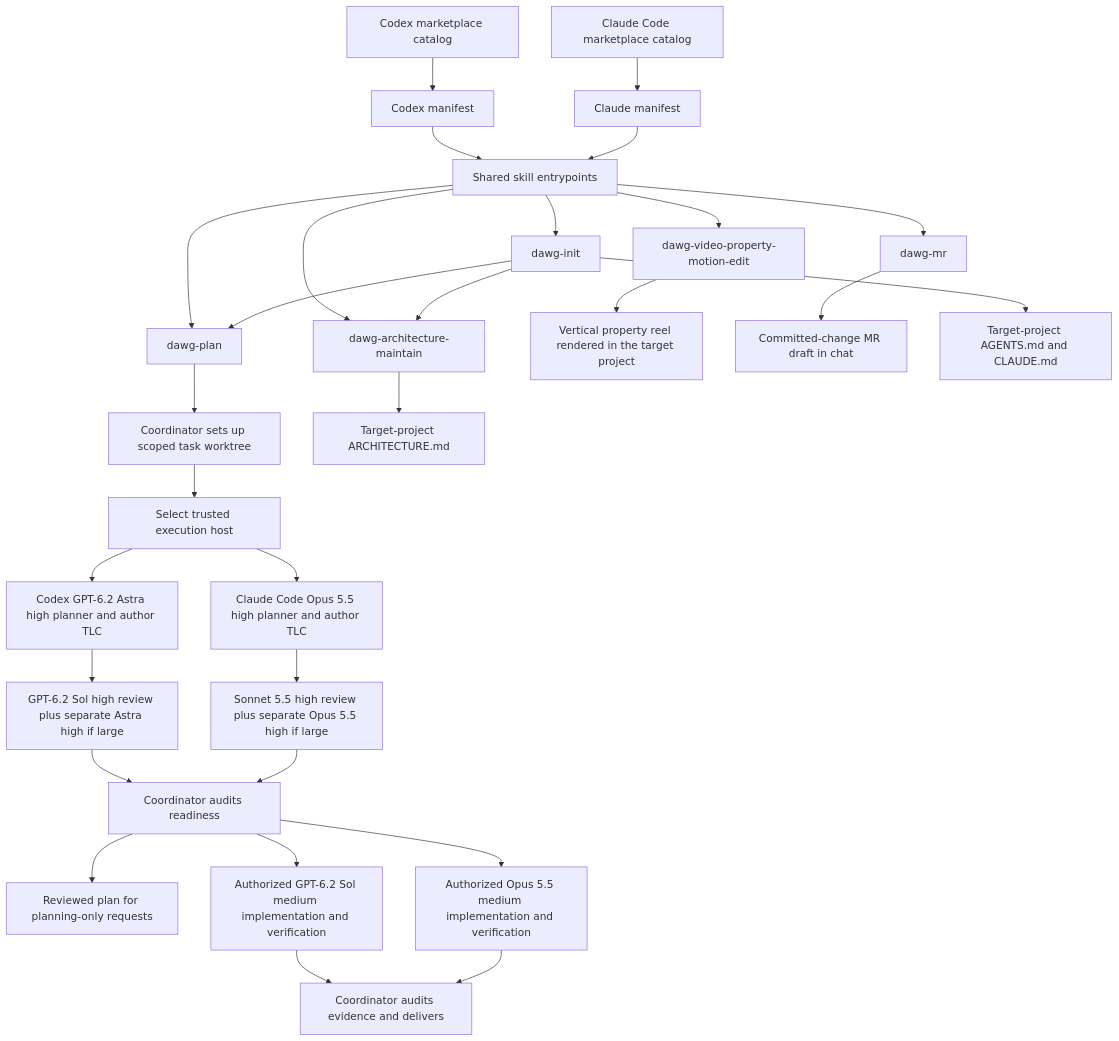
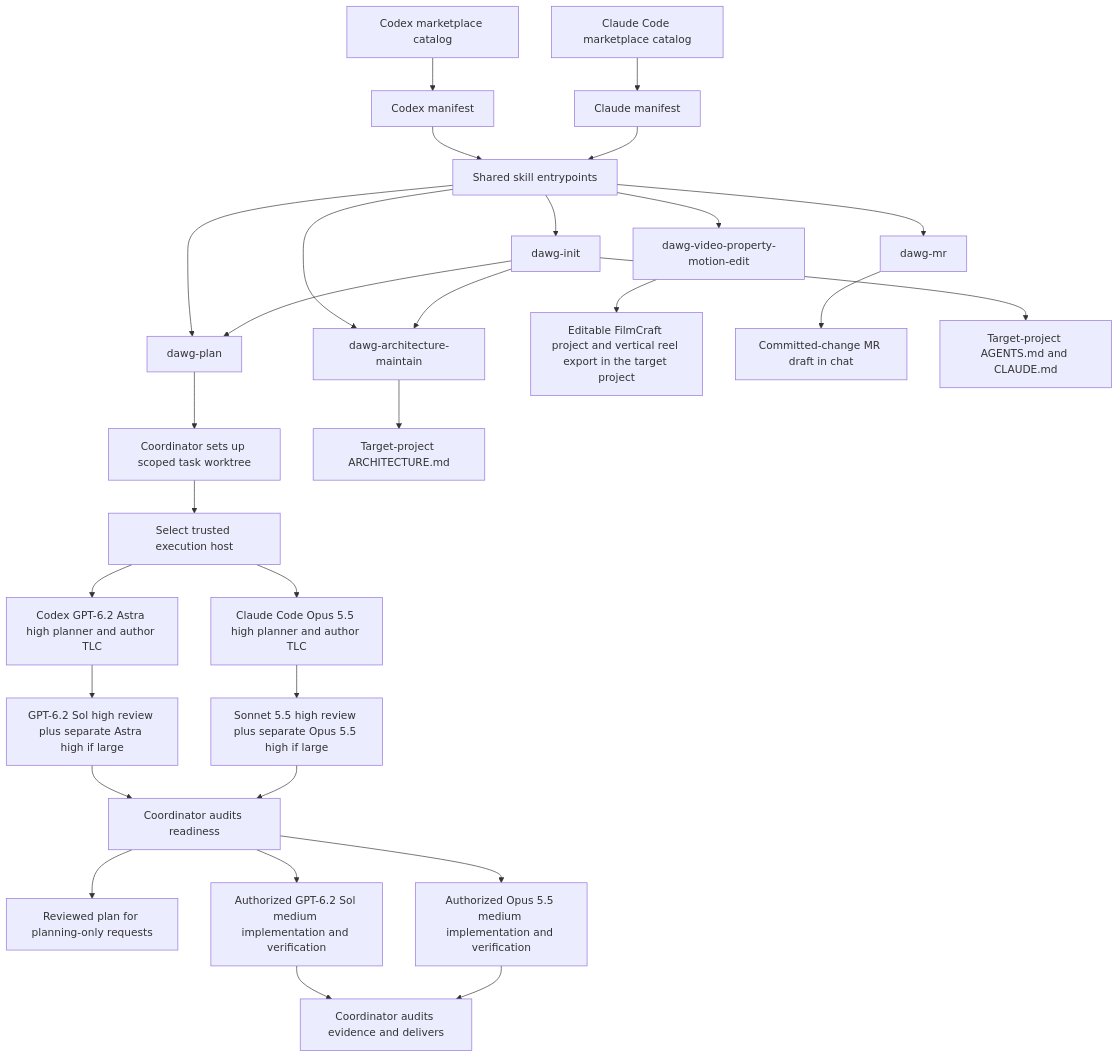
One commit to pdawgy-sg/pdawgy-skills changed the diagram in ARCHITECTURE.md. Above: the diagram before and after it, drawn with Mermaid. The commit also changed other lines of this file and 7 other files, not shown here.

First line of the commit message:
feat(dawg-video-property-motion-edit): build reels as editable FilmCraft projects

````diff
--- a/ARCHITECTURE.md
+++ b/ARCHITECTURE.md
@@ -135,31 +138,31 @@
 ```mermaid
 flowchart TD
     CodexCatalog[Codex marketplace catalog] --> CodexManifest[Codex manifest]
     ClaudeCatalog[Claude Code marketplace catalog] --> ClaudeManifest[Claude manifest]
     CodexManifest --> Skills[Shared skill entrypoints]
     ClaudeManifest --> Skills
     Skills --> Init[dawg-init]
     Skills --> Plan[dawg-plan]
     Skills --> Maintain[dawg-architecture-maintain]
     Skills --> MR[dawg-mr]
     Skills --> Video[dawg-video-property-motion-edit]
-    Video --> Reel[Vertical property reel rendered in the target project]
+    Video --> Reel[Editable FilmCraft project and vertical reel export in the target project]
     MR --> Message[Committed-change MR draft in chat]
     Init --> Plan
     Init --> Maintain
     Plan --> Coordinator[Coordinator sets up scoped task worktree]
     Coordinator --> Host[Select trusted execution host]
     Host --> CodexPlanner[Codex GPT-6.2 Astra high planner and author TLC]
     Host --> ClaudePlanner[Claude Code Opus 5.5 high planner and author TLC]
     CodexPlanner --> CodexReviews[GPT-6.2 Sol high review plus separate Astra high if large]
     ClaudePlanner --> ClaudeReviews[Sonnet 5.5 high review plus separate Opus 5.5 high if large]
     CodexReviews --> Ready[Coordinator audits readiness]
     ClaudeReviews --> Ready
     Ready --> Handoff[Reviewed plan for planning-only requests]
     Ready --> CodexImplementer[Authorized GPT-6.2 Sol medium implementation and verification]
     Ready --> ClaudeImplementer[Authorized Opus 5.5 medium implementation and verification]
     CodexImplementer --> Delivery[Coordinator audits evidence and delivers]
     ClaudeImplementer --> Delivery
     Init --> Guidance[Target-project AGENTS.md and CLAUDE.md]
     Maintain --> Architecture[Target-project ARCHITECTURE.md]
 ```
````
